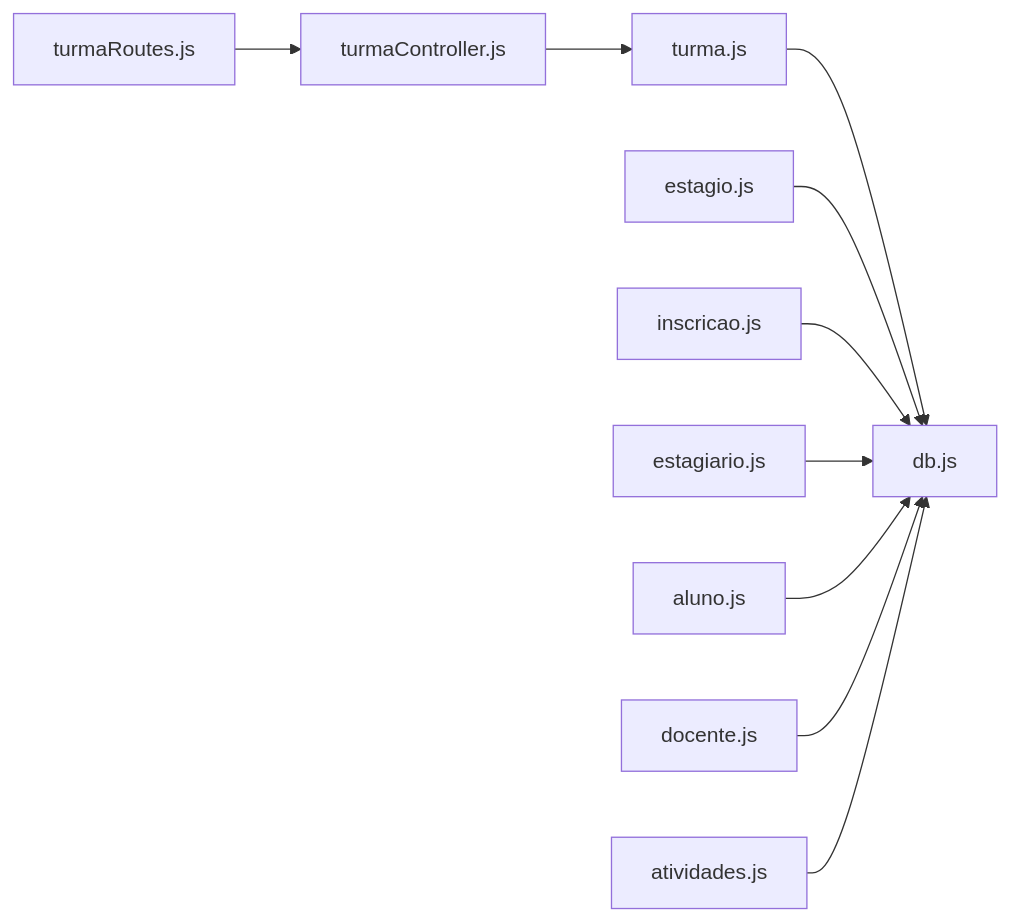
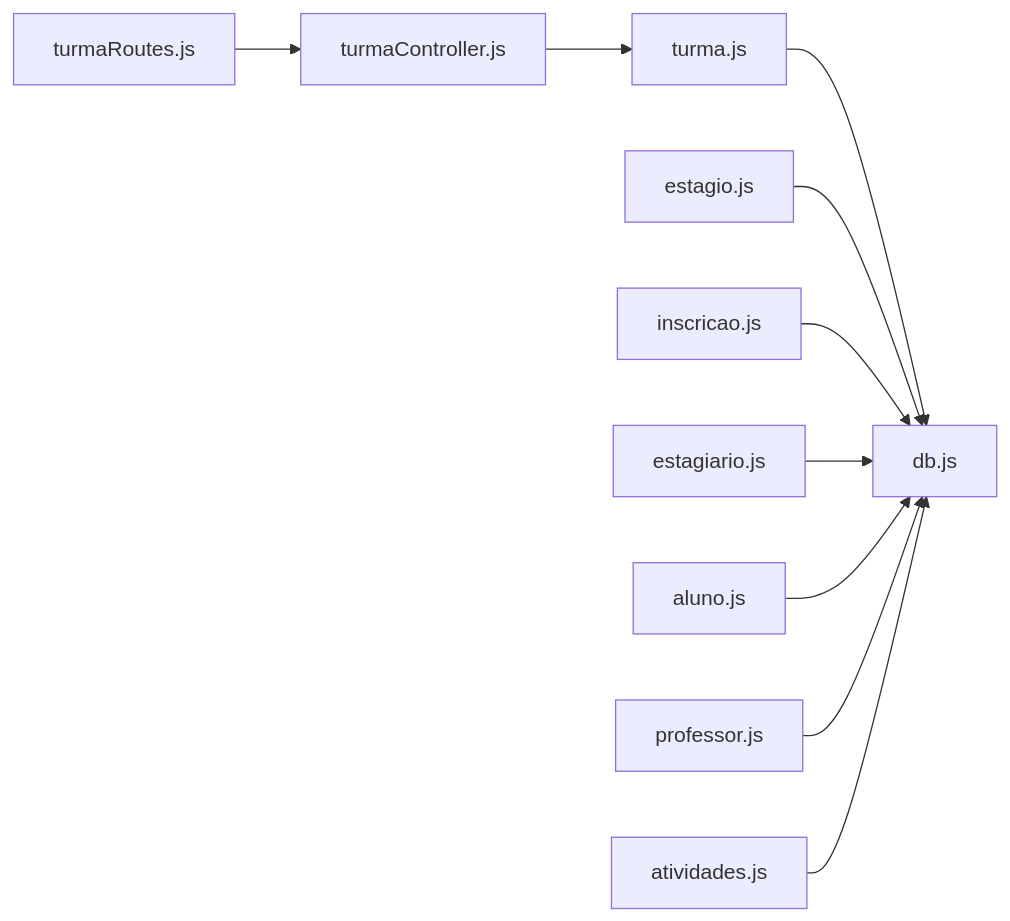
The eighth of 8 diagrams in .qoder/repowiki/en/content/Core Features Implementation/Class Management.md (luiseduacosta/nodemural), drawn with Mermaid before and after one commit. The commit also changed other lines of this file and 30 other files, not shown here.

Commit message:
Update tables schema.

````diff
--- a/.qoder/repowiki/en/content/Core Features Implementation/Class Management.md
+++ b/.qoder/repowiki/en/content/Core Features Implementation/Class Management.md
@@ -368,12 +368,12 @@
 ```mermaid
 graph LR
 TurmaRoutes["turmaRoutes.js"] --> TurmaController["turmaController.js"]
 TurmaController --> TurmaModel["turma.js"]
 TurmaModel --> DBPool["db.js"]
 EstagioModel["estagio.js"] --> DBPool
 InscricaoModel["inscricao.js"] --> DBPool
 EstagiarioModel["estagiario.js"] --> DBPool
 AlunoModel["aluno.js"] --> DBPool
-DocenteModel["docente.js"] --> DBPool
+ProfessorModel["professor.js"] --> DBPool
 AtividadesModel["atividades.js"] --> DBPool
 ```
````
